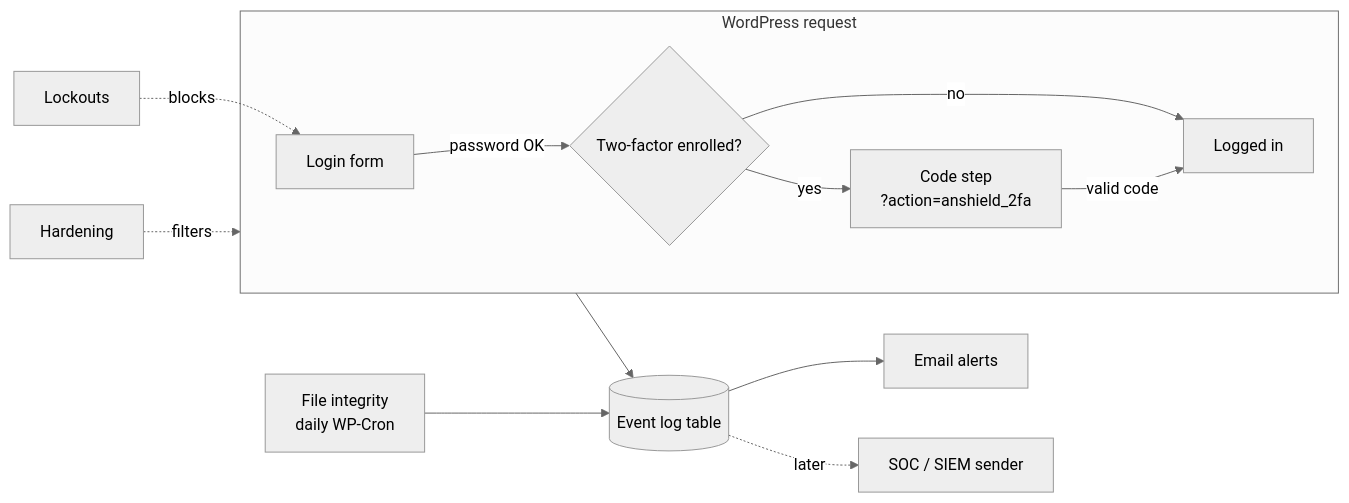
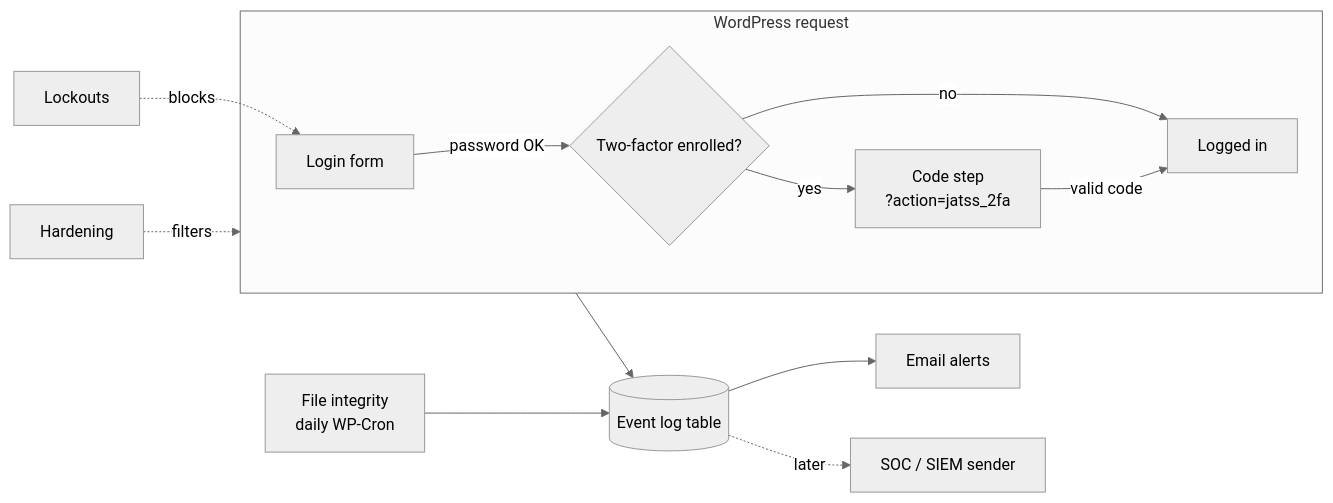
The diagram in README.md (CptNope/Anderson-Site-Shield), drawn with Mermaid (neutral theme) before and after one commit. The commit also changed other lines of this file and 39 other files, not shown here.

````diff
--- a/README.md
+++ b/README.md
@@ -72,15 +70,15 @@
 ```mermaid
 flowchart LR
     subgraph WP[WordPress request]
       A[Login form] -->|password OK| B{Two-factor enrolled?}
-      B -- yes --> C[Code step<br/>?action=anshield_2fa]
+      B -- yes --> C[Code step<br/>?action=jatss_2fa]
       B -- no --> D[Logged in]
       C -->|valid code| D
     end
     L[Lockouts] -.blocks.-> A
     H[Hardening] -.filters.-> WP
     WP --> E[(Event log table)]
     F[File integrity<br/>daily WP-Cron] --> E
     E --> M[Email alerts]
     E -.later.-> S[SOC / SIEM sender]
 ```
````
